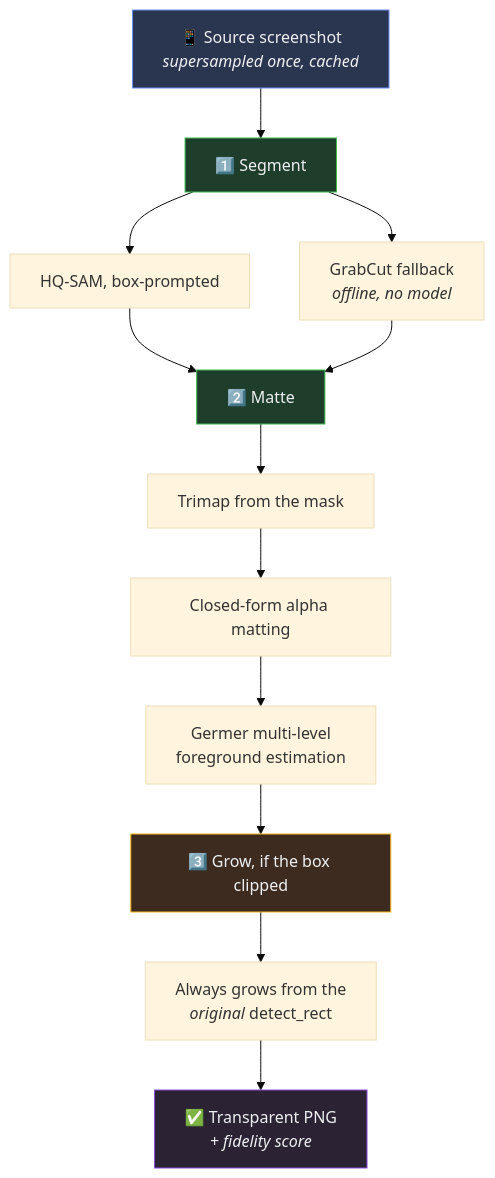
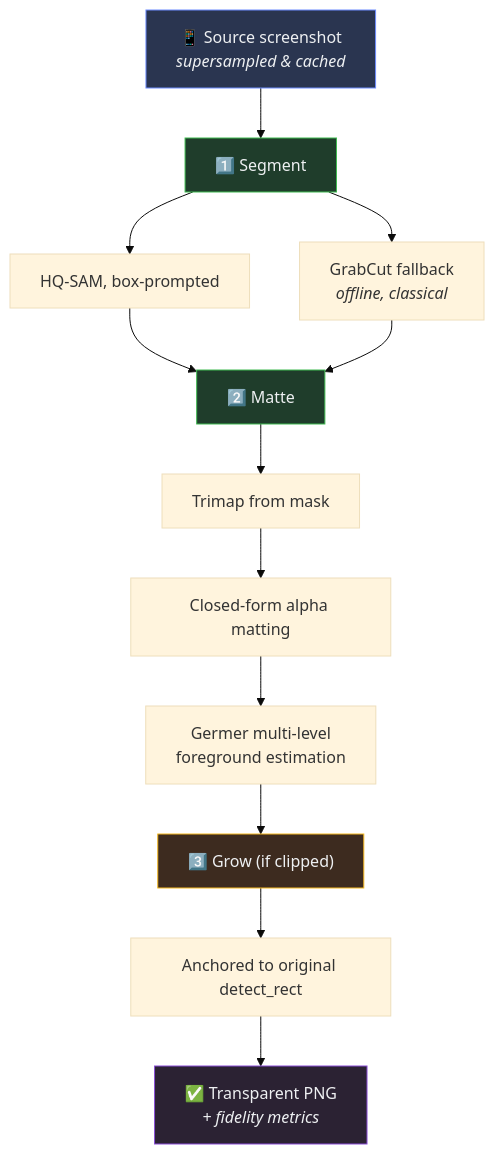
Before and after one commit to AdielMag/2d-assets-pipeline: the fourth of 7 diagrams in README.md, drawn with Mermaid (base theme). The commit also changed other lines of this file, not shown here.

````diff
--- a/README.md
+++ b/README.md
@@ -479,20 +342,19 @@
 ```mermaid
 flowchart TB
-    A["📱 Source screenshot<br/><i>supersampled once, cached</i>"]
-    A --> B["1️⃣ Segment"]
+    A["📱 Source screenshot<br/><i>supersampled & cached</i>"] --> B["1️⃣ Segment"]
     B --> B1["HQ-SAM, box-prompted"]
-    B --> B2["GrabCut fallback<br/><i>offline, no model</i>"]
+    B --> B2["GrabCut fallback<br/><i>offline, classical</i>"]
     B1 & B2 --> C["2️⃣ Matte"]
-    C --> C1["Trimap from the mask"]
+    C --> C1["Trimap from mask"]
     C1 --> C2["Closed-form alpha matting"]
     C2 --> C3["Germer multi-level<br/>foreground estimation"]
-    C3 --> D["3️⃣ Grow, if the box clipped"]
-    D --> D1["Always grows from the<br/><i>original</i> detect_rect"]
-    D1 --> E["✅ Transparent PNG<br/><i>+ fidelity score</i>"]
+    C3 --> D["3️⃣ Grow (if clipped)"]
+    D --> D1["Anchored to original detect_rect"]
+    D1 --> E["✅ Transparent PNG<br/><i>+ fidelity metrics</i>"]
 
     style A fill:#2a3550,stroke:#6c8cff,color:#eef0f2
     style B fill:#1f3d2b,stroke:#3fb950,color:#eef0f2
     style C fill:#1f3d2b,stroke:#3fb950,color:#eef0f2
     style D fill:#3d2b1f,stroke:#f5b820,color:#eef0f2
     style E fill:#2b2233,stroke:#8a4fd6,color:#eef0f2
 ```
````
